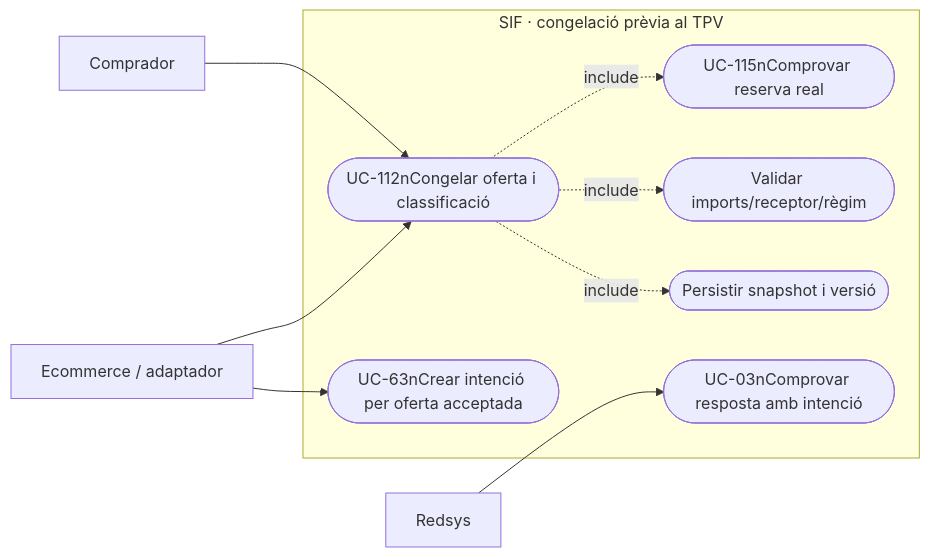
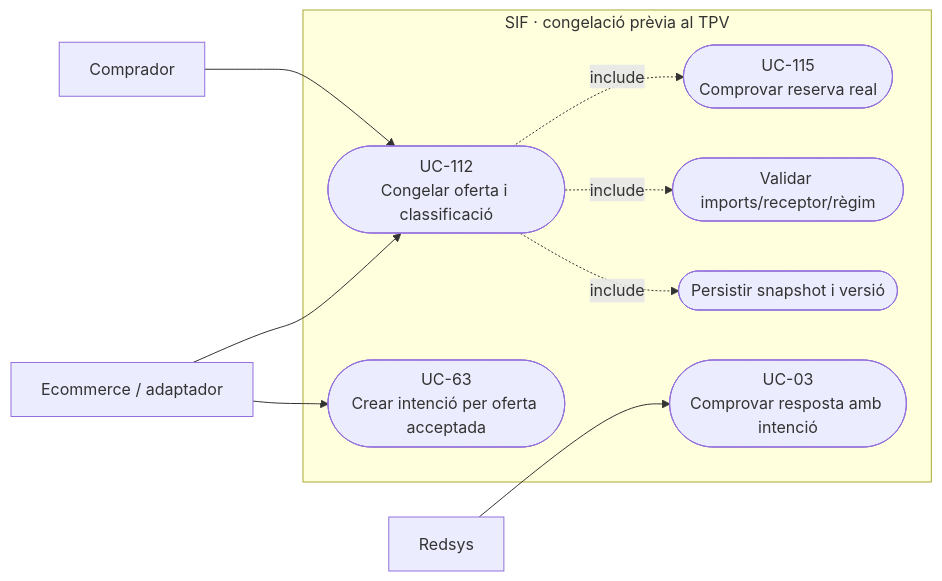
One commit to orgmeriemprismacat-del/verifactu changed the second of 4 diagrams in documentacio/07-uml-integrat/uc-112-congelar-snapshot-abans-tpv.md. Above: the diagram before and after it, drawn with Mermaid.

Commit message:
docs(uml): corregir salts Mermaid UC-112

````diff
--- a/documentacio/07-uml-integrat/uc-112-congelar-snapshot-abans-tpv.md
+++ b/documentacio/07-uml-integrat/uc-112-congelar-snapshot-abans-tpv.md
@@ -91,21 +91,21 @@
 ```mermaid
 flowchart LR
   a_0["Comprador"]
   a_1["Ecommerce / adaptador"]
   a_2["Redsys"]
   subgraph SIF_BOUNDARY["SIF · congelació prèvia al TPV"]
-    u_0(["UC-112nCongelar oferta i classificació"])
-    u_1(["UC-115nComprovar reserva real"])
+    u_0(["UC-112<br/>Congelar oferta i classificació"])
+    u_1(["UC-115<br/>Comprovar reserva real"])
     u_2(["Validar imports/receptor/règim"])
     u_3(["Persistir snapshot i versió"])
-    u_4(["UC-63nCrear intenció per oferta acceptada"])
-    u_5(["UC-03nComprovar resposta amb intenció"])
+    u_4(["UC-63<br/>Crear intenció per oferta acceptada"])
+    u_5(["UC-03<br/>Comprovar resposta amb intenció"])
   end
   a_0 --> u_0
   a_1 --> u_0
   u_0 -.->|include| u_1
   u_0 -.->|include| u_2
   u_0 -.->|include| u_3
   a_1 --> u_4
   a_2 --> u_5
 ```
````
